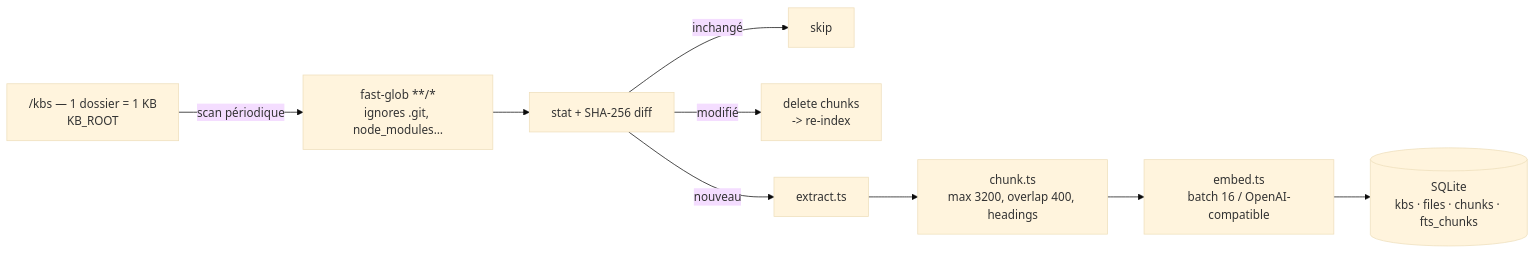
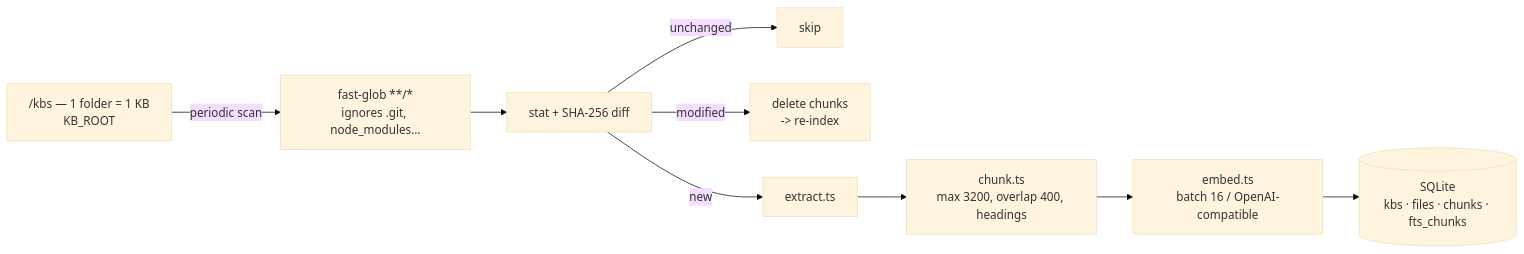
The second of 3 diagrams in docs/guide/architecture.md (openhoat/rag-hub-mcp), drawn with Mermaid (base theme) before and after one commit. The commit also changed other lines of this file, not shown here.

Commit message:
docs: translate architecture guide to English

````diff
--- a/docs/guide/architecture.md
+++ b/docs/guide/architecture.md
@@ -60,11 +60,11 @@
 ```mermaid
 graph LR
-    F["/kbs — 1 dossier = 1 KB<br/>KB_ROOT"] -->|scan périodique| GLOB["fast-glob **/*<br/>ignores .git, node_modules…"]
+    F["/kbs — 1 folder = 1 KB<br/>KB_ROOT"] -->|periodic scan| GLOB["fast-glob **/*<br/>ignores .git, node_modules…"]
     GLOB --> STAT["stat + SHA-256 diff"]
-    STAT -->|inchangé| SKIP["skip"]
-    STAT -->|modifié| RE["delete chunks<br/>-> re-index"]
-    STAT -->|nouveau| EXTR["extract.ts"]
+    STAT -->|unchanged| SKIP["skip"]
+    STAT -->|modified| RE["delete chunks<br/>-> re-index"]
+    STAT -->|new| EXTR["extract.ts"]
     EXTR --> CH["chunk.ts<br/>max 3200, overlap 400, headings"]
     CH --> EMB["embed.ts<br/>batch 16 / OpenAI-compatible"]
     EMB --> DB[("SQLite<br/>kbs · files · chunks · fts_chunks")]
 ```
````
